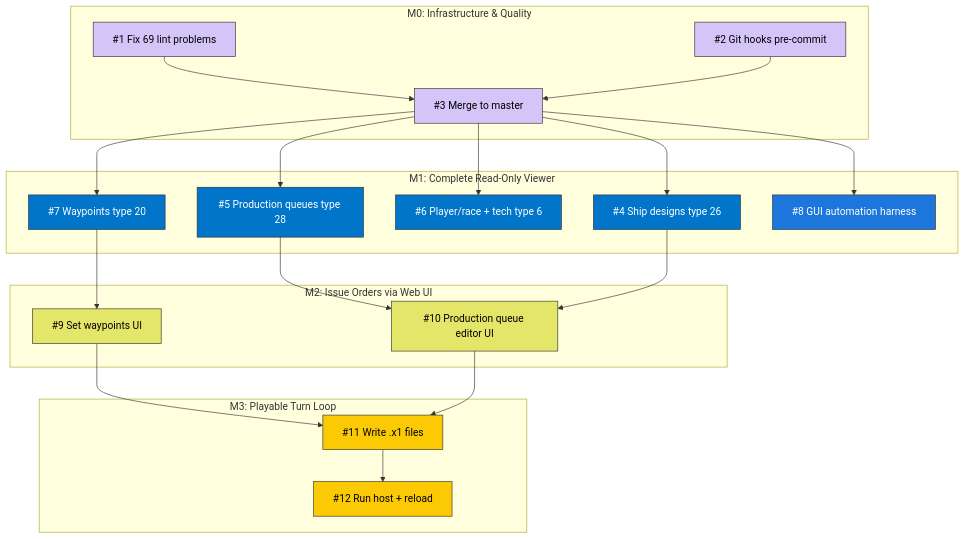
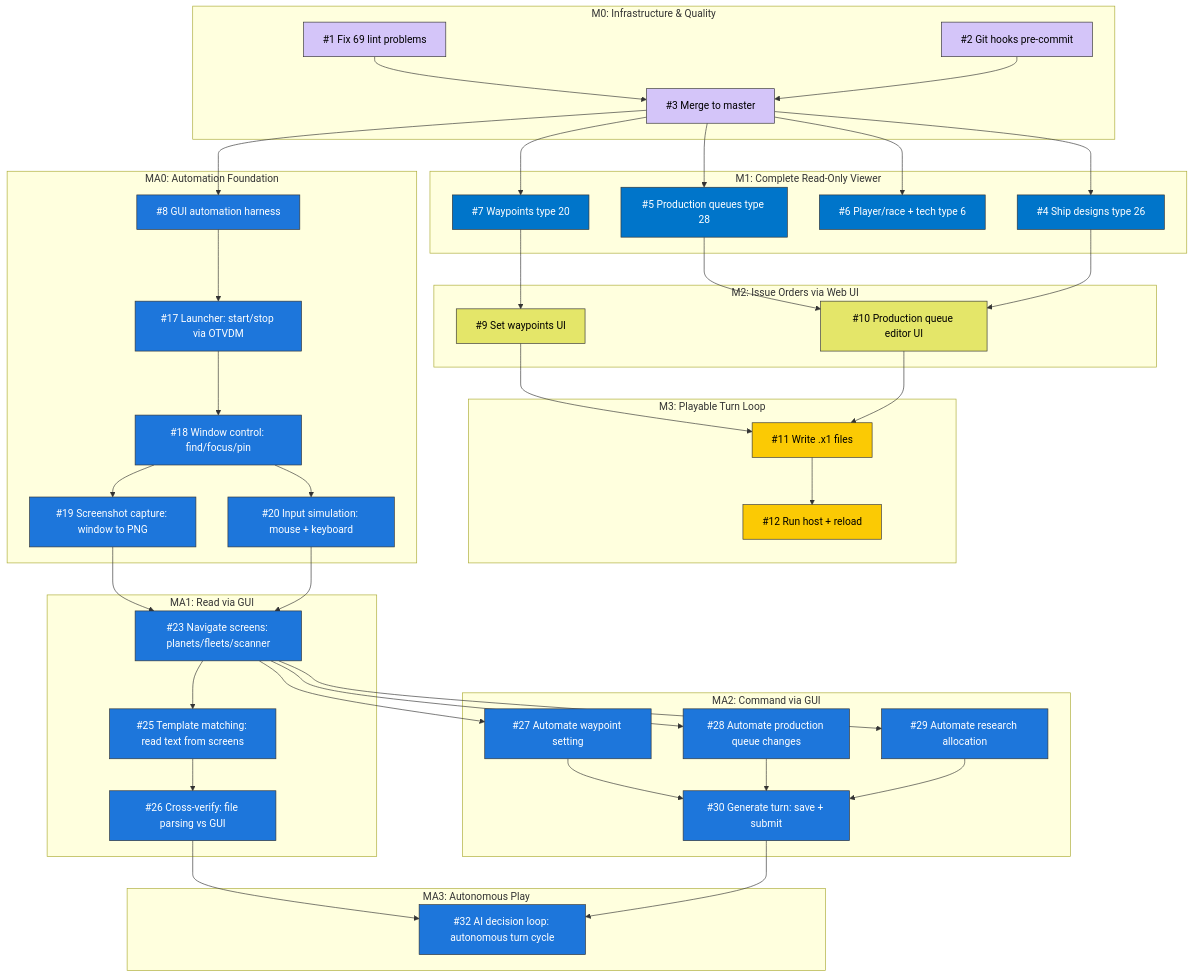
The diagram in docs/DEPENDENCIES.md (jakez-gh/stars-web), drawn with Mermaid before and after one commit. The commit also changed other lines of this file and 13 other files, not shown here.

Commit message:
apply black formatting, normalize line endings, update dependency graph

````diff
--- a/docs/DEPENDENCIES.md
+++ b/docs/DEPENDENCIES.md
@@ -20,7 +20,6 @@
         I5["#5 Production queues type 28"]
         I6["#6 Player/race + tech type 6"]
         I7["#7 Waypoints type 20"]
-        I8["#8 GUI automation harness"]
     end
 
     subgraph "M2: Issue Orders via Web UI"
@@ -39,6 +38,47 @@
         I11 --> I12
     end
 
+    subgraph "MA0: Automation Foundation"
+        I8["#8 GUI automation harness"]
+        I17["#17 Launcher: start/stop via OTVDM"]
+        I18["#18 Window control: find/focus/pin"]
+        I19["#19 Screenshot capture: window to PNG"]
+        I20["#20 Input simulation: mouse + keyboard"]
+        I8 --> I17
+        I17 --> I18
+        I18 --> I19
+        I18 --> I20
+    end
+
+    subgraph "MA1: Read via GUI"
+        I23["#23 Navigate screens: planets/fleets/scanner"]
+        I25["#25 Template matching: read text from screens"]
+        I26["#26 Cross-verify: file parsing vs GUI"]
+        I19 --> I23
+        I20 --> I23
+        I23 --> I25
+        I25 --> I26
+    end
+
+    subgraph "MA2: Command via GUI"
+        I27["#27 Automate waypoint setting"]
+        I28["#28 Automate production queue changes"]
+        I29["#29 Automate research allocation"]
+        I30["#30 Generate turn: save + submit"]
+        I23 --> I27
+        I23 --> I28
+        I23 --> I29
+        I27 --> I30
+        I28 --> I30
+        I29 --> I30
+    end
+
+    subgraph "MA3: Autonomous Play"
+        I32["#32 AI decision loop: autonomous turn cycle"]
+        I26 --> I32
+        I30 --> I32
+    end
+
     I3 --> I4
     I3 --> I5
     I3 --> I6
@@ -53,7 +93,7 @@
 
     class I1,I2,I3 infra
     class I4,I5,I6,I7 read
-    class I8 auto
+    class I8,I17,I18,I19,I20,I23,I25,I26,I27,I28,I29,I30,I32 auto
     class I9,I10 orders
     class I11,I12 turns
 ```
````
